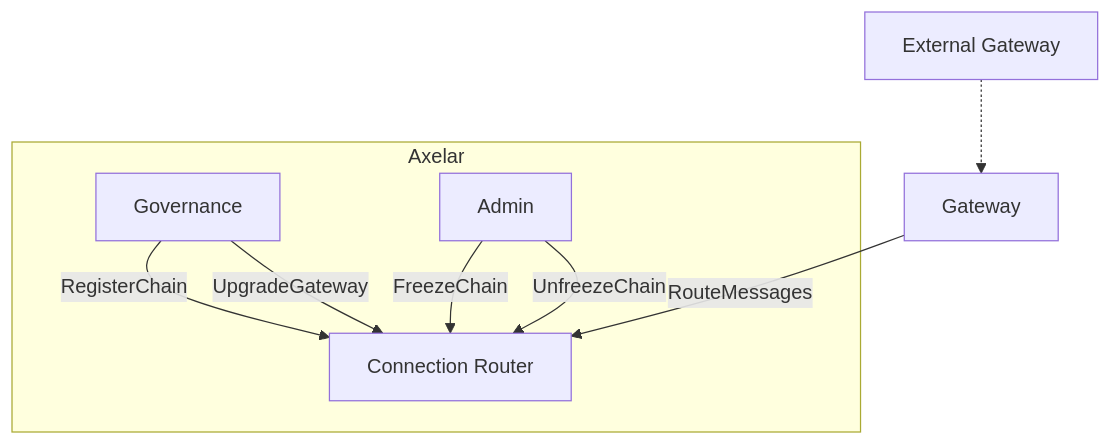
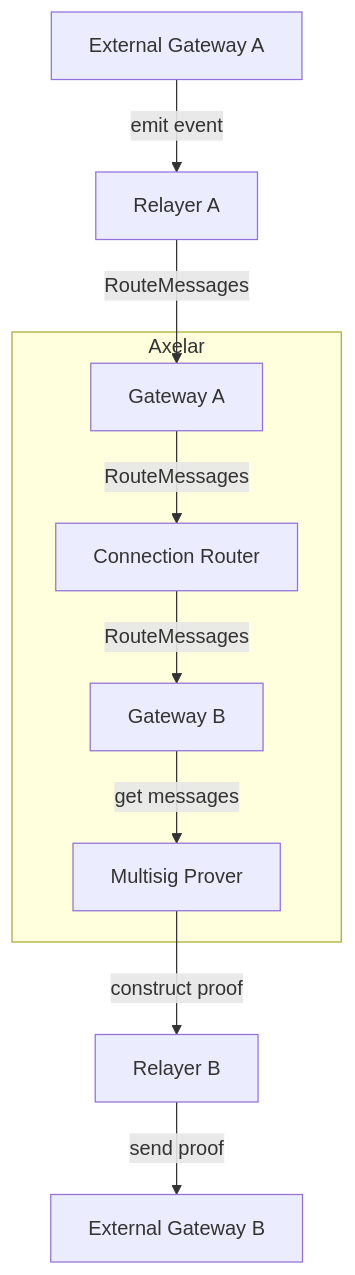
Before and after one commit to axelarnetwork/axelar-amplifier: the first of 2 diagrams in doc/src/contracts/connection_router.md, drawn with Mermaid.

Commit message:
update graph

````diff
--- a/doc/src/contracts/connection_router.md
+++ b/doc/src/contracts/connection_router.md
@@ -95,18 +95,23 @@
 ```mermaid
 graph TD
 
-e[External Gateway]
-t[Gateway]
+ea[External Gateway A]
+ra[Relayer A]
 subgraph Axelar
-g[Governance]
-a[Admin]
+ta[Gateway A]
 c[Connection Router]
+tb[Gateway B]
+m[Multisig Prover]
 end
+rb[Relayer B]
+eb[External Gateway B]
 
-g--RegisterChain-->c
-g--UpgradeGateway-->c
-a--FreezeChain-->c
-a--UnfreezeChain-->c
-e-.->t
-t--RouteMessages-->c
+ea--emit event-->ra
+ra--RouteMessages-->ta
+ta--RouteMessages-->c
+c--RouteMessages-->tb
+tb--get messages-->m
+m--construct proof-->rb
+rb--send proof-->eb
+
 ```
````
